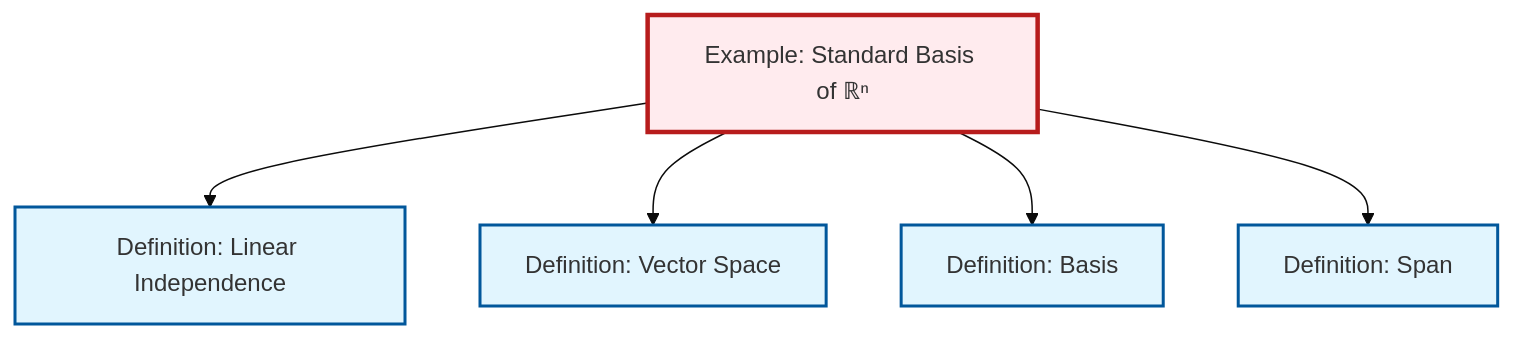
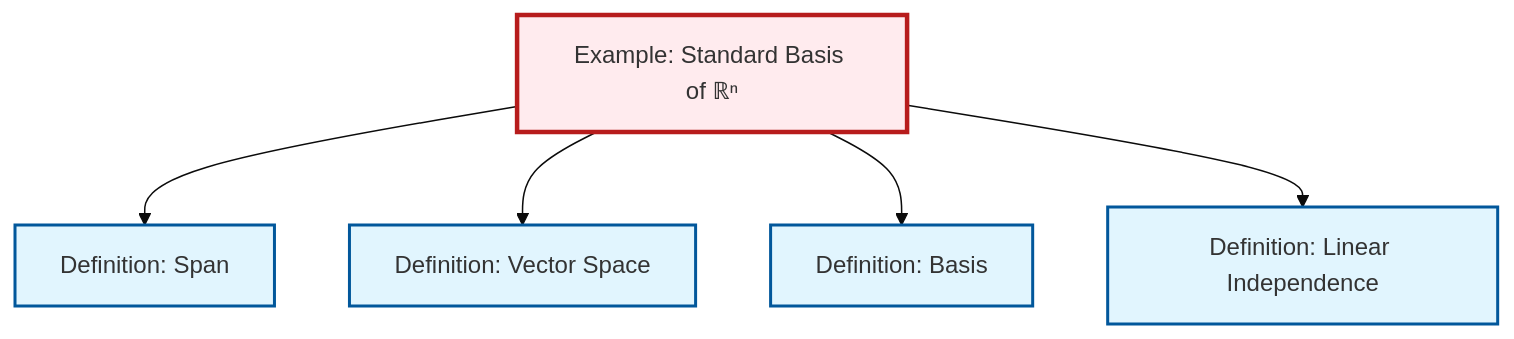
Before and after one commit to RK0429/ModernMath: the diagram in content/en/algebra/ex-standard-basis-rn.qmd, drawn with Mermaid (base theme). The commit also changed other lines of this file and 203 other files, not shown here.

````diff
--- a/content/en/algebra/ex-standard-basis-rn.qmd
+++ b/content/en/algebra/ex-standard-basis-rn.qmd
@@ -62,24 +62,19 @@
 ```{mermaid}
 %%| fig-cap: "Local dependency graph"
 graph TD
     classDef definition fill:#e1f5fe,stroke:#01579b,stroke-width:2px
     classDef theorem fill:#f3e5f5,stroke:#4a148c,stroke-width:2px
     classDef axiom fill:#fff3e0,stroke:#e65100,stroke-width:2px
     classDef example fill:#e8f5e9,stroke:#1b5e20,stroke-width:2px
     classDef current fill:#ffebee,stroke:#b71c1c,stroke-width:3px
+    def-basis["Definition: Basis"]:::definition
     def-span["Definition: Span"]:::definition
-    def-basis["Definition: Basis"]:::definition
     ex-standard-basis-rn["Example: Standard Basis of ℝⁿ"]:::example
+    def-vector-space["Definition: Vector Space"]:::definition
     def-linear-independence["Definition: Linear Independence"]:::definition
-    def-vector-space["Definition: Vector Space"]:::definition
-    ex-standard-basis-rn --> def-linear-independence
+    ex-standard-basis-rn --> def-span
     ex-standard-basis-rn --> def-vector-space
     ex-standard-basis-rn --> def-basis
-    ex-standard-basis-rn --> def-span
+    ex-standard-basis-rn --> def-linear-independence
     class ex-standard-basis-rn current
-
-    click def-span "def-span.html" "Go to Span definition"
-    click def-basis "def-basis.html" "Go to Basis definition"
-    click def-linear-independence "def-linear-independence.html" "Go to Linear Independence definition"
-    click def-vector-space "def-vector-space.html" "Go to Vector Space definition"
 ```
````
